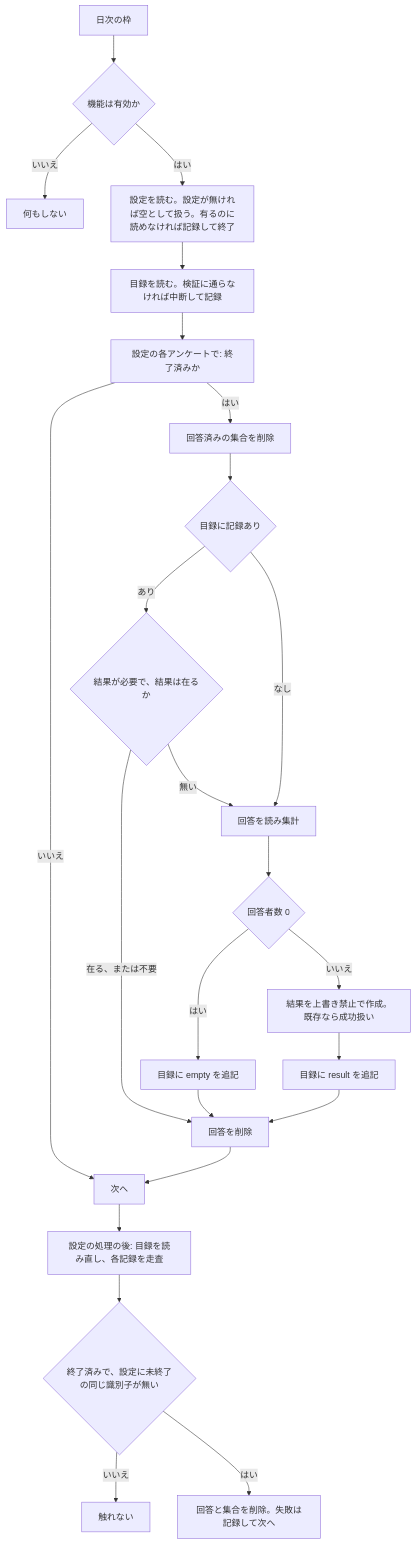
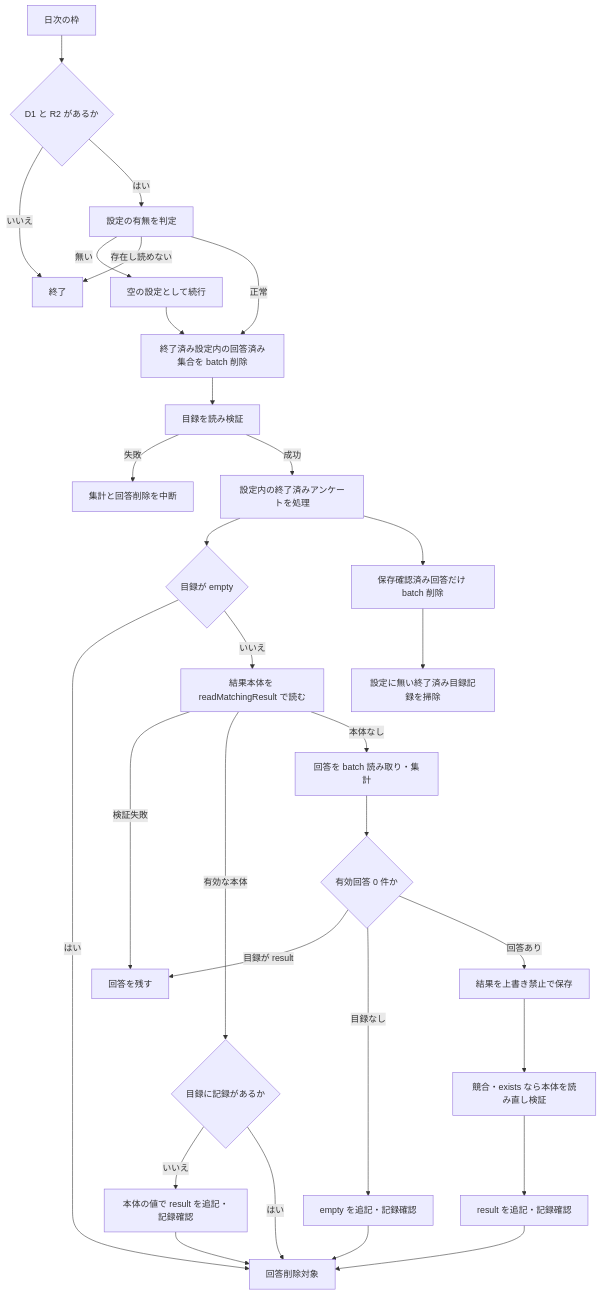
The second of 2 diagrams in .kiro/specs/survey-results-aggregation/design.md (nekono-dev/skyshare), drawn with Mermaid before and after one commit. The commit also changed other lines of this file and 11 other files, not shown here.

````diff
--- a/.kiro/specs/survey-results-aggregation/design.md
+++ b/.kiro/specs/survey-results-aggregation/design.md
@@ -133,23 +133,30 @@
 ```mermaid
 flowchart TD
-  A[日次の枠] --> B{機能は有効か}
-  B -- いいえ --> Z[何もしない]
-  B -- はい --> C[設定を読む。設定が無ければ空として扱う。有るのに読めなければ記録して終了]
-  C --> D[目録を読む。検証に通らなければ中断して記録]
-  D --> E[設定の各アンケートで: 終了済みか]
-  E -- いいえ --> N[次へ]
-  E -- はい --> F[回答済みの集合を削除]
-  F --> G{目録に記録あり}
-  G -- あり --> H{結果が必要で、結果は在るか}
-  H -- 在る、または不要 --> K[回答を削除]
-  H -- 無い --> I
-  G -- なし --> I[回答を読み集計]
-  I --> J{回答者数 0}
-  J -- はい --> J1[目録に empty を追記] --> K
-  J -- いいえ --> J2[結果を上書き禁止で作成。既存なら成功扱い] --> J3[目録に result を追記] --> K
-  K --> N
-  N --> L[設定の処理の後: 目録を読み直し、各記録を走査]
-  L --> M{終了済みで、設定に未終了の同じ識別子が無い}
-  M -- いいえ --> M1[触れない]
-  M -- はい --> M2[回答と集合を削除。失敗は記録して次へ]
+  A[日次の枠] --> B{D1 と R2 があるか}
+  B -- いいえ --> Z[終了]
+  B -- はい --> C[設定の有無を判定]
+  C -- 無い --> D[空の設定として続行]
+  C -- 存在し読めない --> Z
+  C -- 正常 --> E[終了済み設定内の回答済み集合を batch 削除]
+  D --> E
+  E --> F[目録を読み検証]
+  F -- 失敗 --> Z1[集計と回答削除を中断]
+  F -- 成功 --> G[設定内の終了済みアンケートを処理]
+  G --> H{目録が empty}
+  H -- はい --> I[回答削除対象]
+  H -- いいえ --> J[結果本体を readMatchingResult で読む]
+  J -- 検証失敗 --> K[回答を残す]
+  J -- 有効な本体 --> L{目録に記録があるか}
+  L -- いいえ --> M[本体の値で result を追記・記録確認]
+  M --> I
+  L -- はい --> I
+  J -- 本体なし --> N[回答を batch 読み取り・集計]
+  N --> O{有効回答 0 件か}
+  O -- 目録が result --> K
+  O -- 目録なし --> P[empty を追記・記録確認] --> I
+  O -- 回答あり --> Q[結果を上書き禁止で保存]
+  Q --> R[競合・exists なら本体を読み直し検証]
+  R --> S[result を追記・記録確認] --> I
+  G --> T[保存確認済み回答だけ batch 削除]
+  T --> U[設定に無い終了済み目録記録を掃除]
 ```
````
